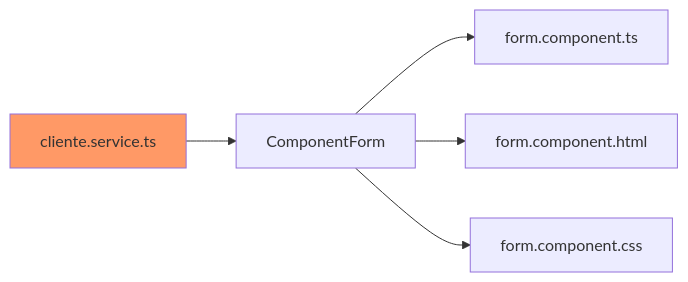
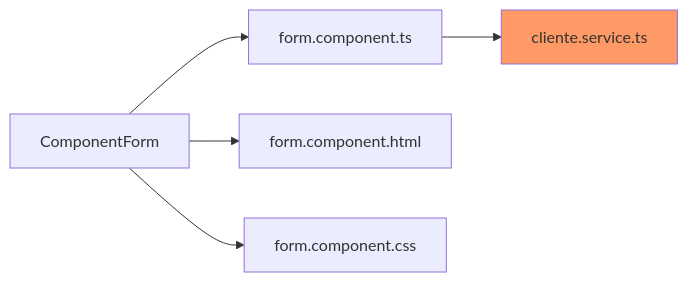
One commit to crodrigr/spring-boot-angular-confenalco changed the diagram in 02_Angular/04_CrearCliente.md. Above: the diagram before and after it, drawn with Mermaid.

````diff
--- a/02_Angular/04_CrearCliente.md
+++ b/02_Angular/04_CrearCliente.md
@@ -4,9 +4,9 @@
 ```mermaid
 flowchart LR
     A[ComponentForm]-->C[form.component.ts]
     A-->D[form.component.html]
     A-->E[form.component.css]
-    F[cliente.service.ts]:::someclass-->A
+    C-->F[cliente.service.ts]:::someclass
     classDef someclass fill:#f96  
 
 ```
````
